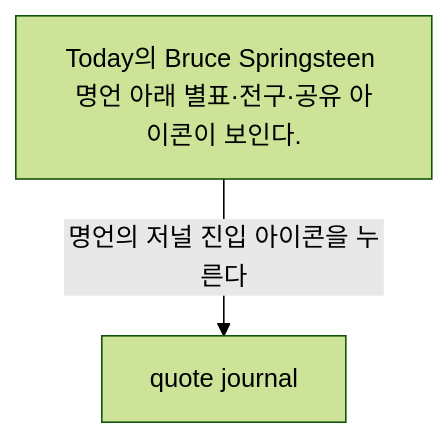
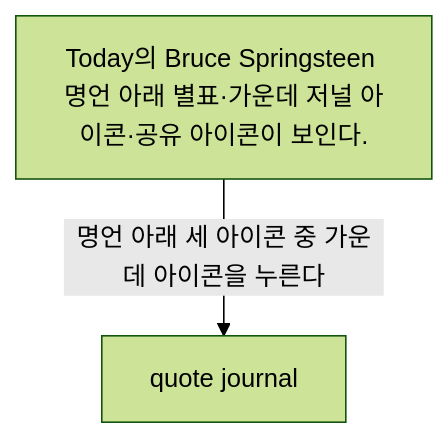
The diagram in docs/Stoic/flows/quote-journal-from-today-2fce81ba/README.md (Dev-Corgi/Stoic-Build-Clone-Test), drawn with Mermaid (forest theme) before and after one commit. The commit also changed other lines of this file and 23 other files, not shown here.

Commit message:
docs: verify Stoic flows with user-confirmed transitions

````diff
--- a/docs/Stoic/flows/quote-journal-from-today-2fce81ba/README.md
+++ b/docs/Stoic/flows/quote-journal-from-today-2fce81ba/README.md
@@ -8,6 +8,6 @@
 ```mermaid
 flowchart TD
-  S1["Today의 Bruce Springsteen 명언 아래 별표·전구·공유 아이콘이 보인다."]
-  S1 -->|명언의 저널 진입 아이콘을 누른다| S2
+  S1["Today의 Bruce Springsteen 명언 아래 별표·가운데 저널 아이콘·공유 아이콘이 보인다."]
+  S1 -->|명언 아래 세 아이콘 중 가운데 아이콘을 누른다| S2
   S2["quote journal"]
 ```
````
